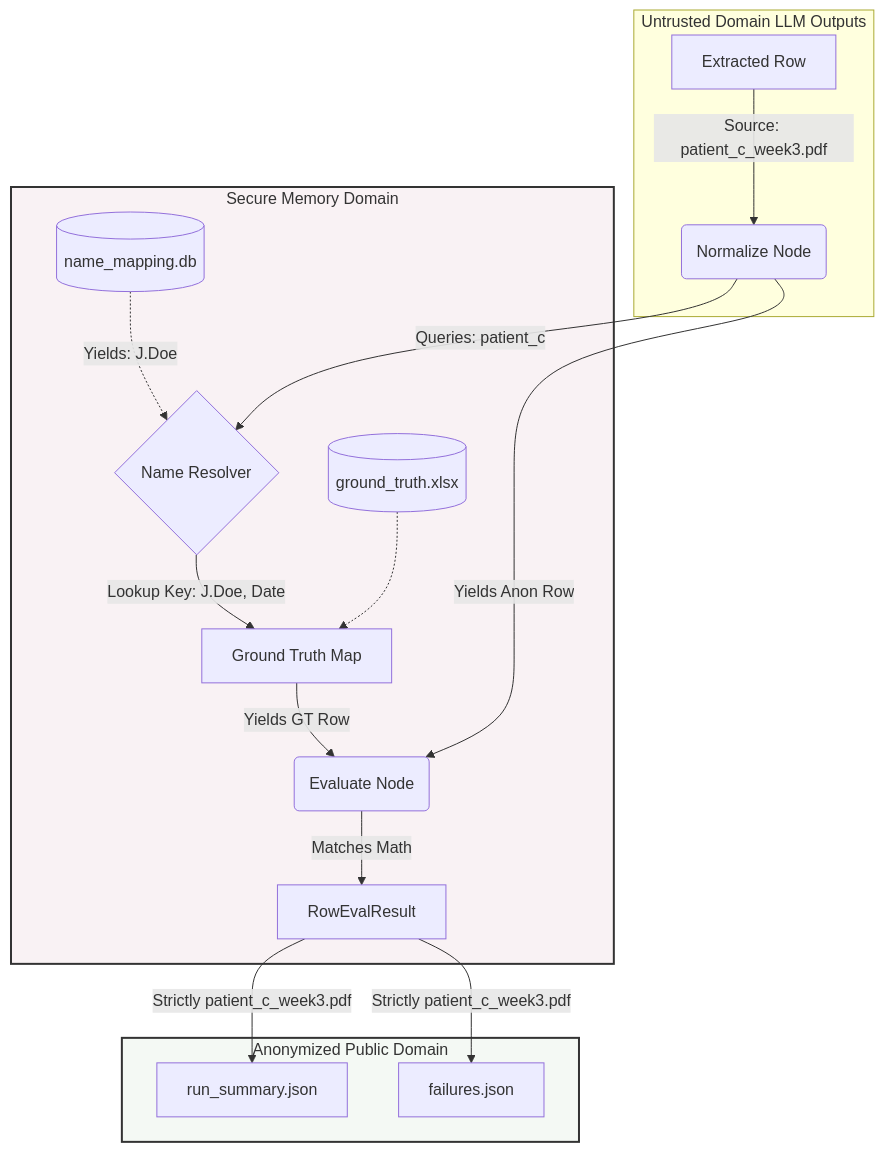
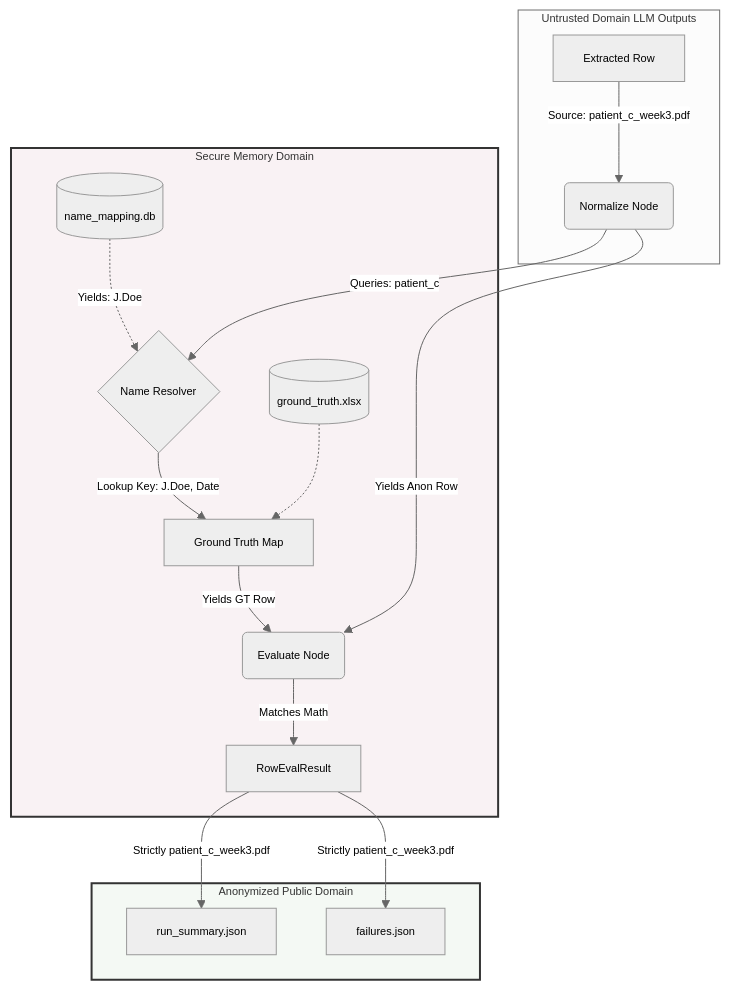
The second of 2 diagrams in ARCHITECTURE.md (the-write-path-code/ch14-homecare-visit-triage-agent), drawn with Mermaid before and after one commit. The commit also changed other lines of this file, not shown here.

Commit message:
Enhance mermaid diagrams in ARCHITECTURE.md
Updated mermaid diagrams in the architecture documentation to include theme settings and improved formatting.

````diff
--- a/ARCHITECTURE.md
+++ b/ARCHITECTURE.md
@@ -76,26 +77,27 @@
 ```mermaid
+%%{init: {"theme": "neutral", "themeVariables": {"fontFamily": "Arial, Helvetica, sans-serif", "fontSize": "11px", "actorFontSize": "11px", "noteFontSize": "10px", "messageFontSize": "10px"}}}%%
 flowchart TD
     subgraph Input ["Untrusted Domain LLM Outputs"]
         A[Extracted Row] -->|Source: patient_c_week3.pdf| B(Normalize Node)
     end
     
     subgraph SecureEngine ["Secure Memory Domain"]
         C[(name_mapping.db)] -.->|Yields: J.Doe| D{Name Resolver}
         B -->|Queries: patient_c| D
         
         D -->|Lookup Key: J.Doe, Date| E[Ground Truth Map]
         F[(ground_truth.xlsx)] -.-> E
         
         E -->|Yields GT Row| G(Evaluate Node)
         B -->|Yields Anon Row| G
         G -->|Matches Math| H[RowEvalResult]
     end
     
     subgraph Output ["Anonymized Public Domain"]
         H -->|Strictly patient_c_week3.pdf| I[run_summary.json]
         H -->|Strictly patient_c_week3.pdf| J[failures.json]
     end
     
     style SecureEngine fill:#f9f2f4,stroke:#333,stroke-width:2px
     style Output fill:#f4f9f4,stroke:#333,stroke-width:2px
 ```
````
